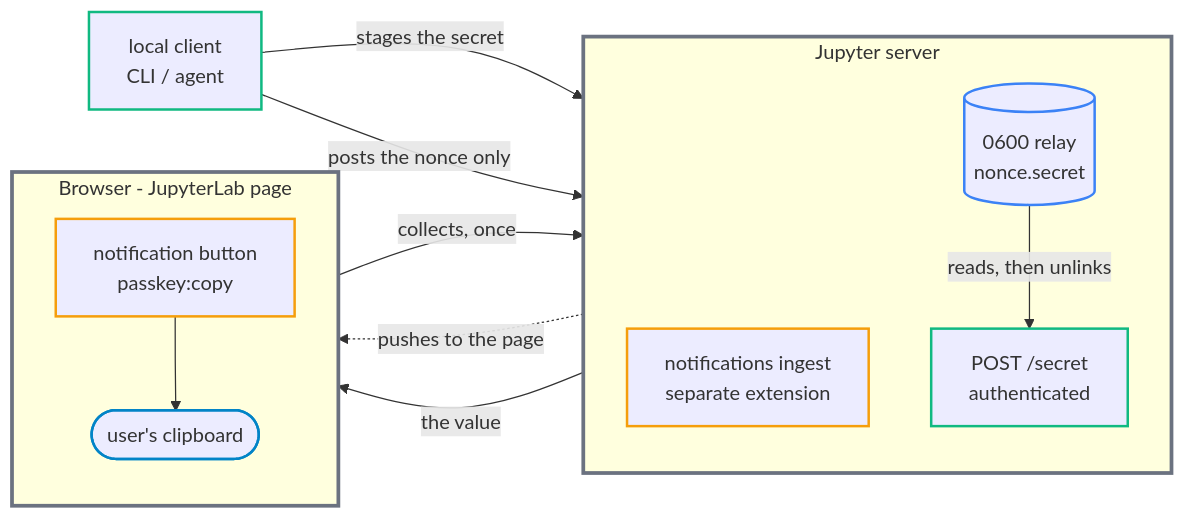
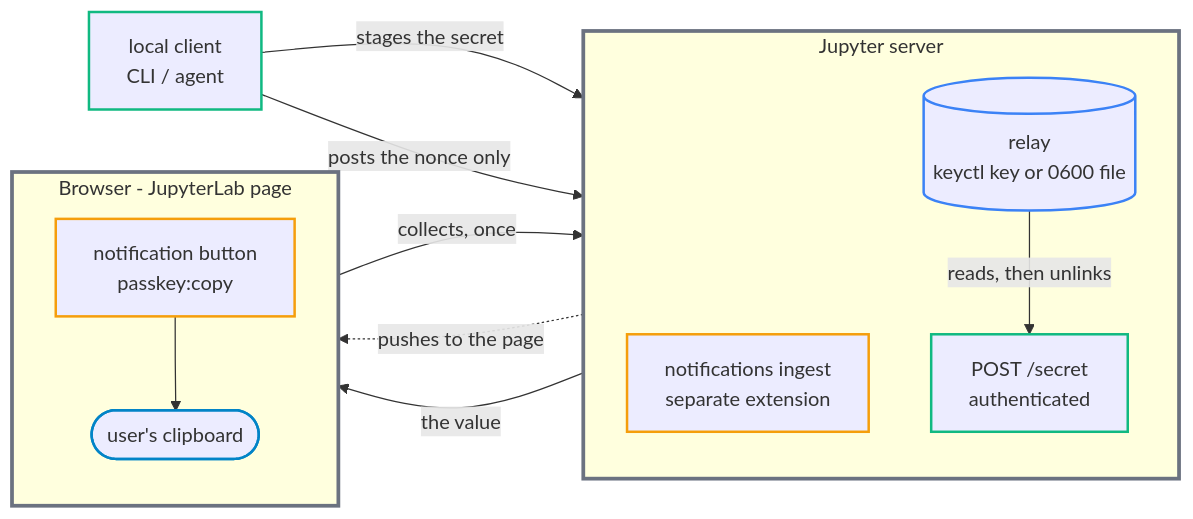
The second of 2 diagrams in README.md (stellarshenson/jupyterlab_passkey_extension), drawn with Mermaid before and after one commit. The commit also changed other lines of this file and 14 other files, not shown here.

````diff
--- a/README.md
+++ b/README.md
@@ -73,31 +73,31 @@
 ```mermaid
 flowchart LR
     LOCAL2["local client<br/>CLI / agent"]
     subgraph SERVER2["Jupyter server"]
         direction TB
         ING["notifications ingest<br/>separate extension"]
-        RELAY2[("0600 relay<br/>nonce.secret")]
+        RELAY2[("relay<br/>keyctl key or 0600 file")]
         EP2["POST /secret<br/>authenticated"]
         RELAY2 -->|"reads, then unlinks"| EP2
     end
     subgraph BROWSER2["Browser - JupyterLab page"]
         direction TB
         BTN["notification button<br/>passkey:copy"]
         CLIP(["user's clipboard"])
         BTN --> CLIP
     end
     LOCAL2 -->|"stages the secret"| RELAY2
     LOCAL2 -->|"posts the nonce only"| ING
     ING -.->|"pushes to the page"| BTN
     BTN -->|"collects, once"| EP2
     EP2 -->|"the value"| BTN
 
     style BROWSER2 stroke:#6b7280,stroke-width:3px
     style SERVER2 stroke:#6b7280,stroke-width:3px
     style LOCAL2 stroke:#10b981,stroke-width:2px
     style ING stroke:#f59e0b,stroke-width:2px
     style RELAY2 stroke:#3b82f6,stroke-width:2px
     style EP2 stroke:#10b981,stroke-width:2px
     style BTN stroke:#f59e0b,stroke-width:2px
     style CLIP stroke:#0284c7,stroke-width:2px
 ```
````
